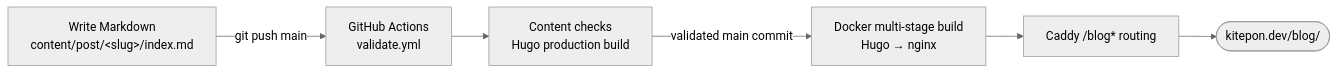
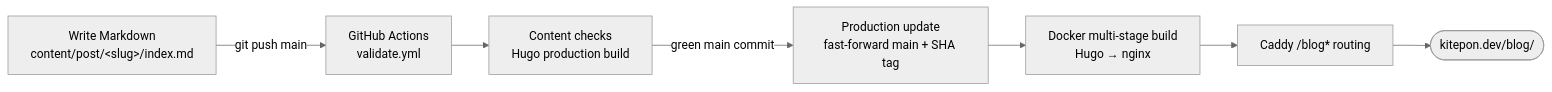
The diagram in README.md (kitepon-rgb/WebAICoding), drawn with Mermaid (neutral theme) before and after one commit. The commit also changed other lines of this file and 10 other files, not shown here.

````diff
--- a/README.md
+++ b/README.md
@@ -42,8 +43,9 @@
 ```mermaid
 flowchart LR
     A["Write Markdown<br/>content/post/&lt;slug&gt;/index.md"] -->|git push main| B["GitHub Actions<br/>validate.yml"]
     B --> C["Content checks<br/>Hugo production build"]
-    C -->|validated main commit| D["Docker multi-stage build<br/>Hugo → nginx"]
-    D --> E["Caddy /blog* routing"]
-    E --> F(["kitepon.dev/blog/"])
+    C -->|green main commit| D["Production update<br/>fast-forward main + SHA tag"]
+    D --> E["Docker multi-stage build<br/>Hugo → nginx"]
+    E --> F["Caddy /blog* routing"]
+    F --> G(["kitepon.dev/blog/"])
 ```
````
